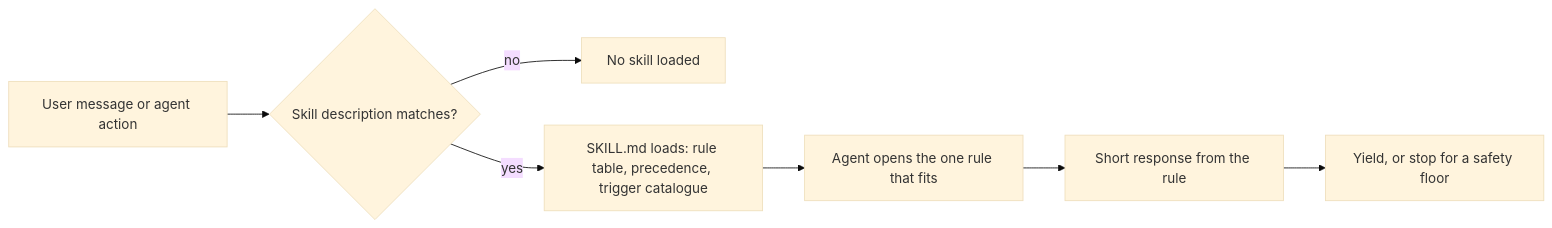
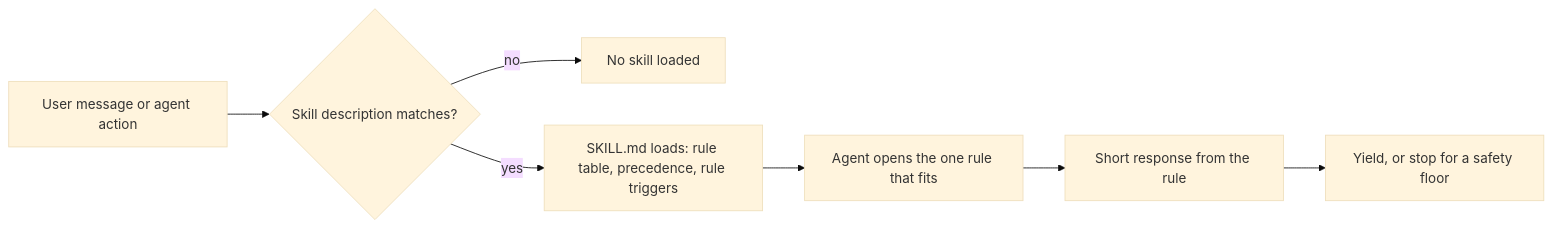
Before and after one commit to kvmadden/operator-skills: the diagram in README.md, drawn with Mermaid (base theme). The commit also changed other lines of this file and 4 other files, not shown here.

````diff
--- a/README.md
+++ b/README.md
@@ -25,9 +25,9 @@
 ```mermaid
 flowchart LR
     A[User message or agent action] --> B{Skill description matches?}
     B -- no --> Z[No skill loaded]
-    B -- yes --> C[SKILL.md loads: rule table, precedence, trigger catalogue]
+    B -- yes --> C[SKILL.md loads: rule table, precedence, rule triggers]
     C --> D[Agent opens the one rule that fits]
     D --> E[Short response from the rule]
     E --> F[Yield, or stop for a safety floor]
 ```
````
